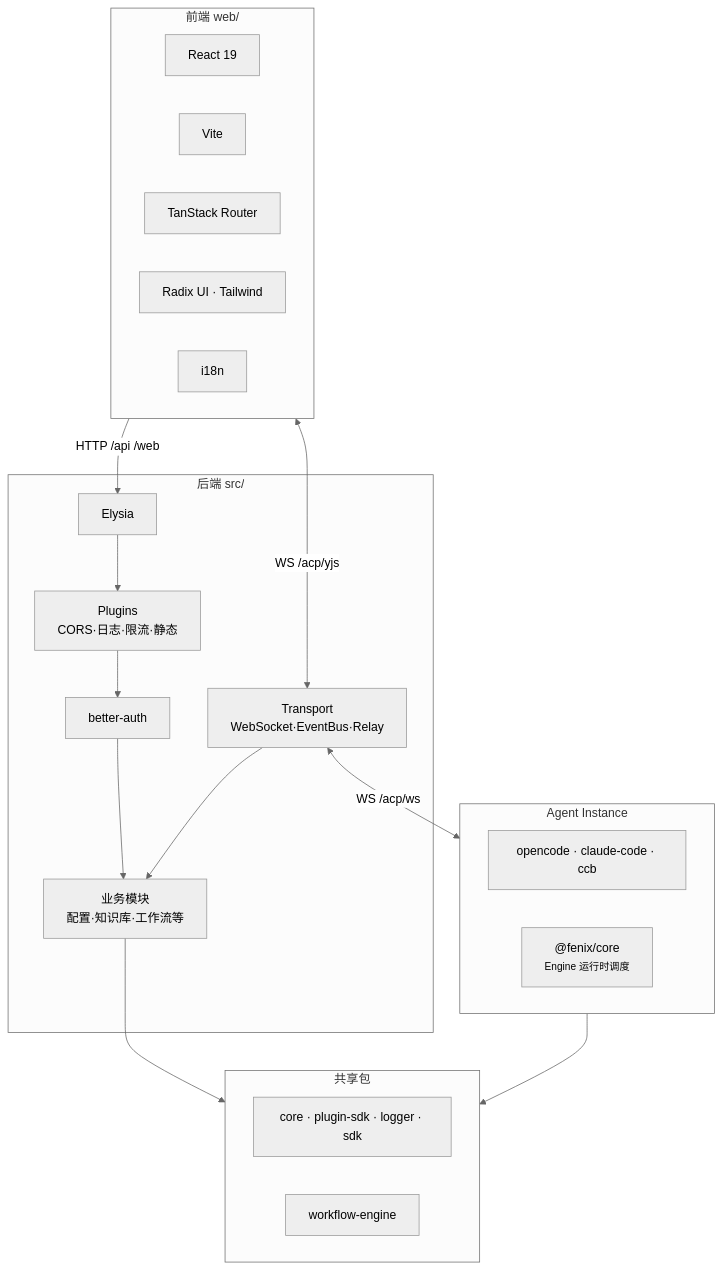
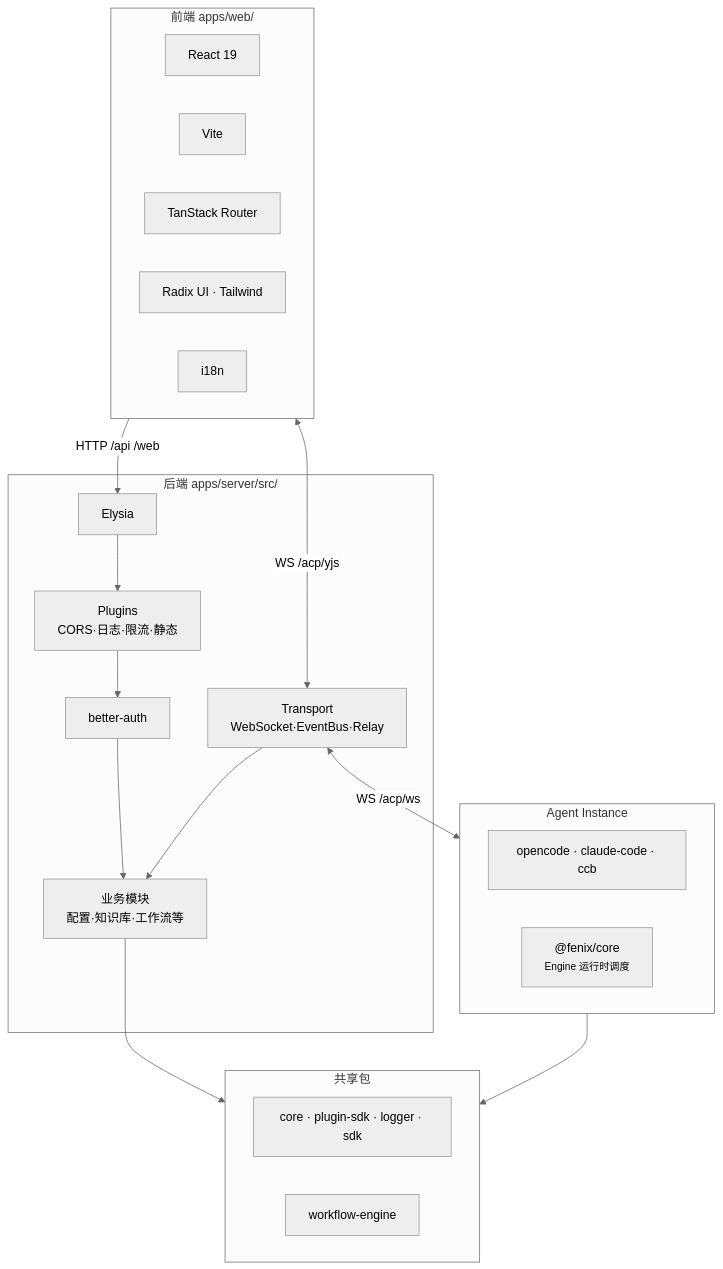
The first of 4 diagrams in docs/arch/tech-stack-overview.md (HuangPuStar/FenixAgent), drawn with Mermaid (neutral theme) before and after one commit. The commit also changed 986 other files, not shown here.

````diff
--- a/docs/arch/tech-stack-overview.md
+++ b/docs/arch/tech-stack-overview.md
@@ -22,39 +22,39 @@
 ```mermaid
 flowchart TB
-    subgraph FE["前端 web/"]
+    subgraph FE["前端 apps/web/"]
         direction LR
         REACT["React 19"]
         VITE["Vite"]
         ROUTER["TanStack Router"]
         RADIX["Radix UI · Tailwind"]
         I18N["i18n"]
     end
 
-    subgraph BE["后端 src/"]
+    subgraph BE["后端 apps/server/src/"]
         ELYSIA["Elysia"]
         AUTH["better-auth"]
         PLUGINS["Plugins<br/>CORS·日志·限流·静态"]
         SERVICES["业务模块<br/>配置·知识库·工作流等"]
         TRANSPORT["Transport<br/>WebSocket·EventBus·Relay"]
     end
 
     subgraph INSTANCE["Agent Instance"]
         RUNTIME["opencode · claude-code · ccb"]
         CORECFG["@fenix/core<br/><small>Engine 运行时调度</small>"]
     end
 
     subgraph DEPS["共享包"]
         CORE["core · plugin-sdk · logger · sdk"]
         WF["workflow-engine"]
     end
 
     FE -->|"HTTP /api /web"| ELYSIA
     FE <-->|"WS /acp/yjs"| TRANSPORT
     ELYSIA --> PLUGINS
     PLUGINS --> AUTH
     AUTH --> SERVICES
     SERVICES --> DEPS
     TRANSPORT <-->|"WS /acp/ws"| INSTANCE
     TRANSPORT --> SERVICES
     INSTANCE --> DEPS
 ```
````
